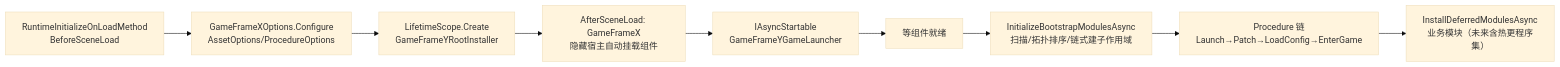
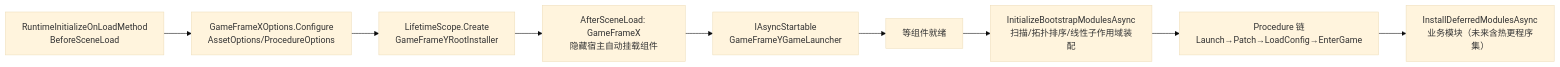
One commit to llyao/GameFrameY changed the diagram in docs/architecture.md. Above: the diagram before and after it, drawn with Mermaid (base theme). The commit also changed other lines of this file and 35 other files, not shown here.

````diff
--- a/docs/architecture.md
+++ b/docs/architecture.md
@@ -16,10 +16,10 @@
 ```mermaid
 flowchart LR
     A[RuntimeInitializeOnLoadMethod<br/>BeforeSceneLoad] --> B[GameFrameXOptions.Configure<br/>AssetOptions/ProcedureOptions]
     B --> C[LifetimeScope.Create<br/>GameFrameYRootInstaller]
     C --> D[AfterSceneLoad: GameFrameX<br/>隐藏宿主自动挂载组件]
     D --> E[IAsyncStartable<br/>GameFrameYGameLauncher]
-    E --> F[等组件就绪] --> G[InitializeBootstrapModulesAsync<br/>扫描/拓扑排序/链式建子作用域]
+    E --> F[等组件就绪] --> G[InitializeBootstrapModulesAsync<br/>扫描/拓扑排序/线性子作用域装配]
     G --> H[Procedure 链<br/>Launch→Patch→LoadConfig→EnterGame]
     H --> I[InstallDeferredModulesAsync<br/>业务模块（未来含热更程序集）]
 ```
````
